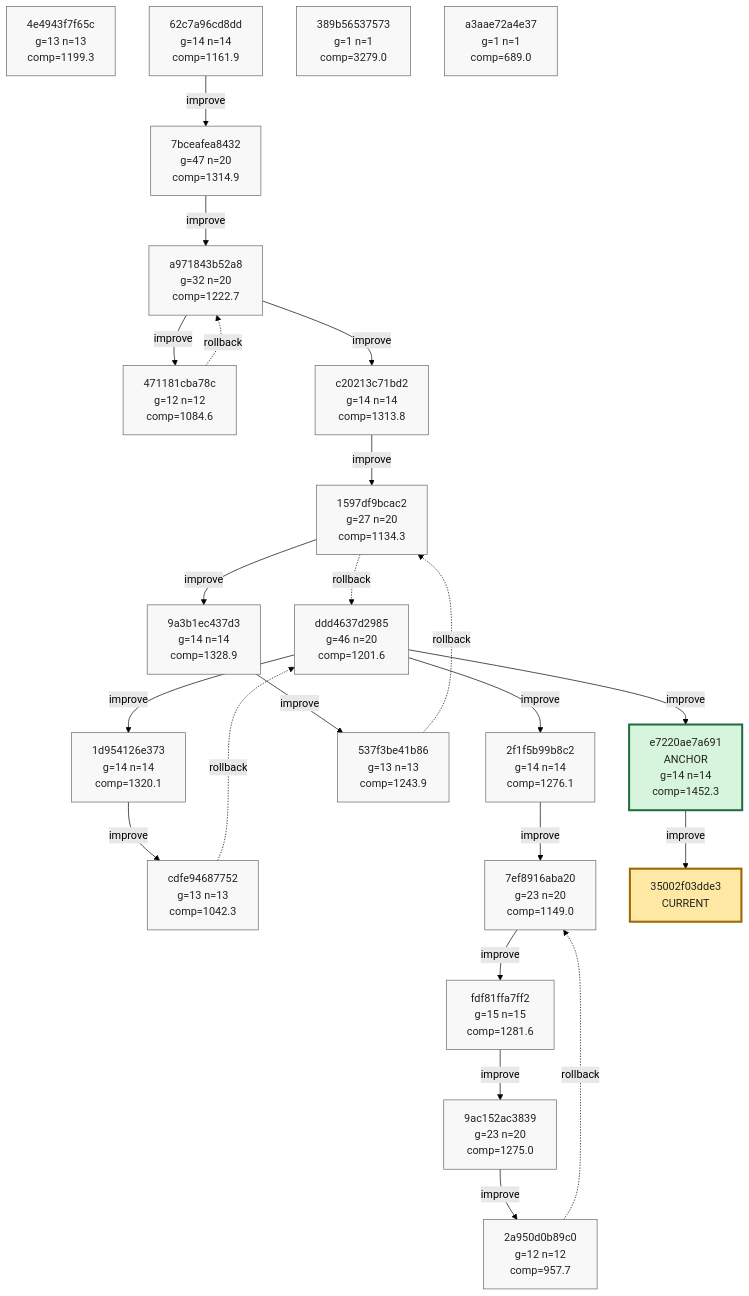
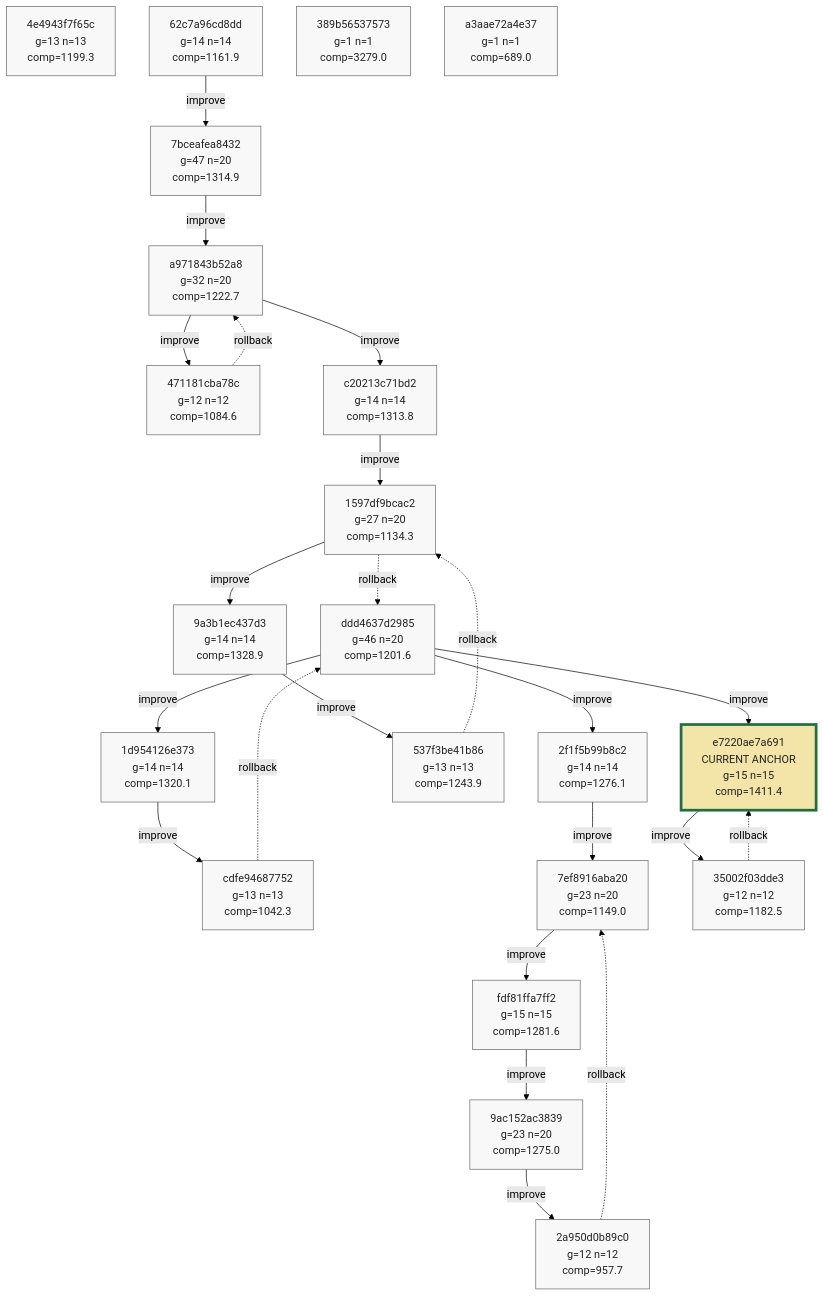
Before and after one commit to azumag/soviet_now: the ninth of 9 diagrams in phyrogenetic-tree.md, drawn with Mermaid (forest theme). The commit also changed other lines of this file and 2 other files, not shown here.

````diff
--- a/phyrogenetic-tree.md
+++ b/phyrogenetic-tree.md
@@ -2228,73 +2229,74 @@
 ```mermaid
 flowchart TD
     h_4e4943f7f65c["4e4943f7f65c<br/>g=13 n=13<br/>comp=1199.3"]
     h_ddd4637d2985["ddd4637d2985<br/>g=46 n=20<br/>comp=1201.6"]
     h_1d954126e373["1d954126e373<br/>g=14 n=14<br/>comp=1320.1"]
     h_cdfe94687752["cdfe94687752<br/>g=13 n=13<br/>comp=1042.3"]
     h_2f1f5b99b8c2["2f1f5b99b8c2<br/>g=14 n=14<br/>comp=1276.1"]
     h_7ef8916aba20["7ef8916aba20<br/>g=23 n=20<br/>comp=1149.0"]
     h_fdf81ffa7ff2["fdf81ffa7ff2<br/>g=15 n=15<br/>comp=1281.6"]
     h_9ac152ac3839["9ac152ac3839<br/>g=23 n=20<br/>comp=1275.0"]
     h_2a950d0b89c0["2a950d0b89c0<br/>g=12 n=12<br/>comp=957.7"]
     h_62c7a96cd8dd["62c7a96cd8dd<br/>g=14 n=14<br/>comp=1161.9"]
     h_7bceafea8432["7bceafea8432<br/>g=47 n=20<br/>comp=1314.9"]
     h_a971843b52a8["a971843b52a8<br/>g=32 n=20<br/>comp=1222.7"]
     h_471181cba78c["471181cba78c<br/>g=12 n=12<br/>comp=1084.6"]
     h_c20213c71bd2["c20213c71bd2<br/>g=14 n=14<br/>comp=1313.8"]
     h_1597df9bcac2["1597df9bcac2<br/>g=27 n=20<br/>comp=1134.3"]
     h_9a3b1ec437d3["9a3b1ec437d3<br/>g=14 n=14<br/>comp=1328.9"]
     h_537f3be41b86["537f3be41b86<br/>g=13 n=13<br/>comp=1243.9"]
-    h_e7220ae7a691["e7220ae7a691<br/>ANCHOR<br/>g=14 n=14<br/>comp=1452.3"]
+    h_e7220ae7a691["e7220ae7a691<br/>CURRENT ANCHOR<br/>g=15 n=15<br/>comp=1411.4"]
+    h_35002f03dde3["35002f03dde3<br/>g=12 n=12<br/>comp=1182.5"]
     h_389b56537573["389b56537573<br/>g=1 n=1<br/>comp=3279.0"]
     h_a3aae72a4e37["a3aae72a4e37<br/>g=1 n=1<br/>comp=689.0"]
-    h_35002f03dde3["35002f03dde3<br/>CURRENT"]
 
     h_ddd4637d2985 -->|improve| h_1d954126e373
     h_1d954126e373 -->|improve| h_cdfe94687752
     h_cdfe94687752 -. rollback .-> h_ddd4637d2985
     h_ddd4637d2985 -->|improve| h_2f1f5b99b8c2
     h_2f1f5b99b8c2 -->|improve| h_7ef8916aba20
     h_7ef8916aba20 -->|improve| h_fdf81ffa7ff2
     h_fdf81ffa7ff2 -->|improve| h_9ac152ac3839
     h_9ac152ac3839 -->|improve| h_2a950d0b89c0
     h_2a950d0b89c0 -. rollback .-> h_7ef8916aba20
     h_62c7a96cd8dd -->|improve| h_7bceafea8432
     h_7bceafea8432 -->|improve| h_a971843b52a8
     h_a971843b52a8 -->|improve| h_471181cba78c
     h_471181cba78c -. rollback .-> h_a971843b52a8
     h_a971843b52a8 -->|improve| h_c20213c71bd2
     h_c20213c71bd2 -->|improve| h_1597df9bcac2
     h_1597df9bcac2 -->|improve| h_9a3b1ec437d3
     h_9a3b1ec437d3 -->|improve| h_537f3be41b86
     h_537f3be41b86 -. rollback .-> h_1597df9bcac2
     h_1597df9bcac2 -. rollback .-> h_ddd4637d2985
     h_ddd4637d2985 -->|improve| h_e7220ae7a691
     h_e7220ae7a691 -->|improve| h_35002f03dde3
+    h_35002f03dde3 -. rollback .-> h_e7220ae7a691
 
     classDef plain fill:#f8f8f8,stroke:#666,stroke-width:1px,color:#222;
     classDef current fill:#ffe8a3,stroke:#9a6700,stroke-width:3px,color:#222;
     classDef anchor fill:#d7f5dd,stroke:#1f6f43,stroke-width:3px,color:#222;
     classDef current_anchor fill:#f3e4a8,stroke:#1f6f43,stroke-width:4px,color:#222;
 
     class h_4e4943f7f65c plain;
     class h_ddd4637d2985 plain;
     class h_1d954126e373 plain;
     class h_cdfe94687752 plain;
     class h_2f1f5b99b8c2 plain;
     class h_7ef8916aba20 plain;
     class h_fdf81ffa7ff2 plain;
     class h_9ac152ac3839 plain;
     class h_2a950d0b89c0 plain;
     class h_62c7a96cd8dd plain;
     class h_7bceafea8432 plain;
     class h_a971843b52a8 plain;
     class h_471181cba78c plain;
     class h_c20213c71bd2 plain;
     class h_1597df9bcac2 plain;
     class h_9a3b1ec437d3 plain;
     class h_537f3be41b86 plain;
-    class h_e7220ae7a691 anchor;
+    class h_e7220ae7a691 current_anchor;
+    class h_35002f03dde3 plain;
     class h_389b56537573 plain;
     class h_a3aae72a4e37 plain;
-    class h_35002f03dde3 current;
 ```
````
